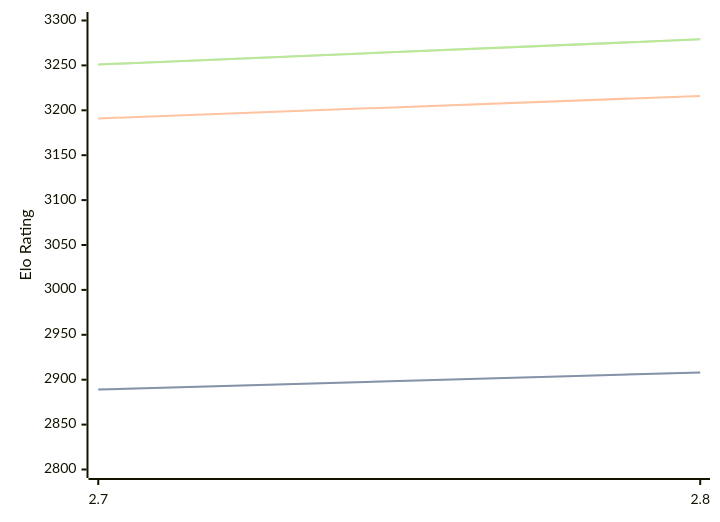
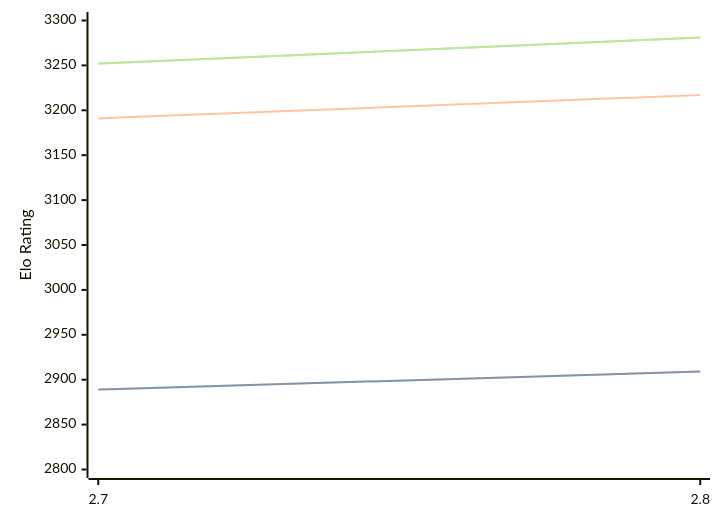
One commit to computer-chess-index/cci changed the diagram in engines/Arcanum.md. Above: the diagram before and after it, drawn with Mermaid. The commit also changed other lines of this file, not shown here.

Commit message:
Update CCI Ratings (ELO VLTC) - 2026-07-31

````diff
--- a/engines/Arcanum.md
+++ b/engines/Arcanum.md
@@ -44,11 +44,11 @@
 ```mermaid
 %%{init: {"theme":"base","themeVariables":{"seriesColors:['#a3a3a3','#222221','#faa371']}}}%%
 xychart-beta
   x-axis ["2.7", "2.8"]
   y-axis "Elo Rating" 2800 --> 3300
-  line "STC (8.0+0.08s)" [2889, 2908]
-  line "STC (8.0+0.08s)" [2889, 2908]
-  line "LTC (60.0+0.60s)" [3191, 3216]
-  line "VLTC (2m24s+1.12s)" [3251, 3279]
-  line "VLTC (2m24s+1.12s)" [3251, 3279]
+  line "STC (8.0+0.08s)" [2889, 2909]
+  line "STC (8.0+0.08s)" [2889, 2909]
+  line "LTC (60.0+0.60s)" [3191, 3217]
+  line "VLTC (2m24s+1.12s)" [3252, 3281]
+  line "VLTC (2m24s+1.12s)" [3252, 3281]
 ```
````
